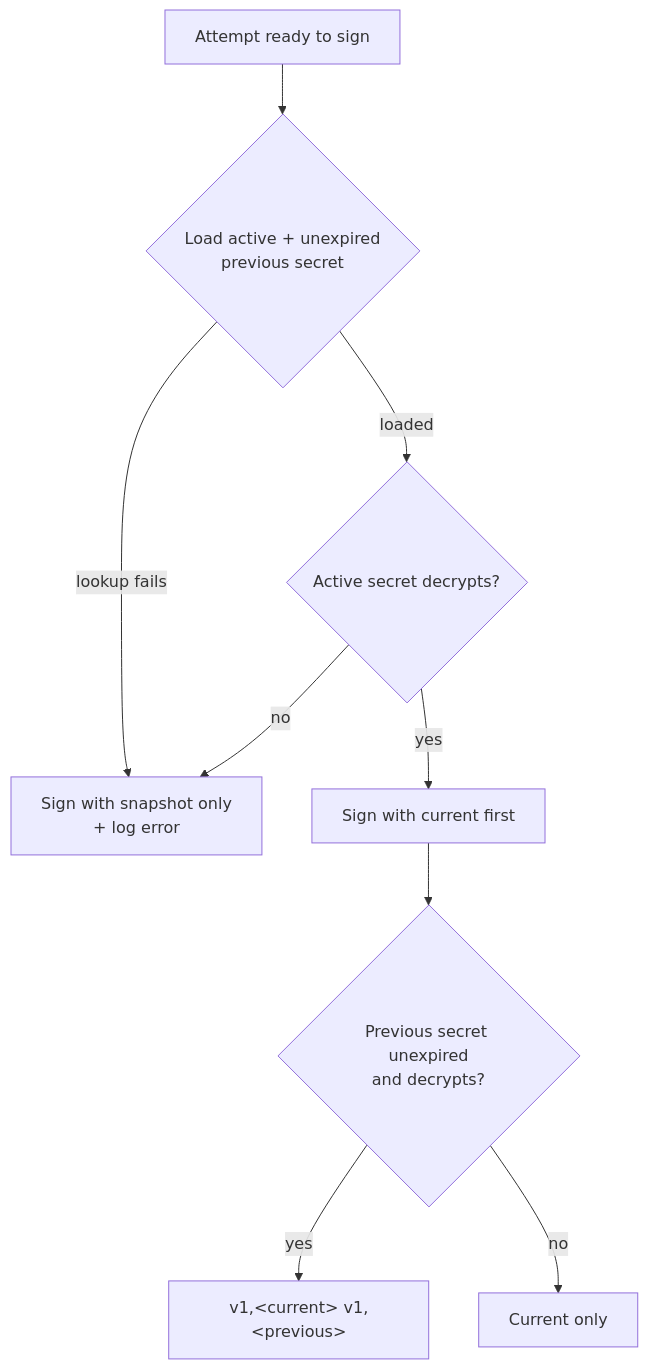
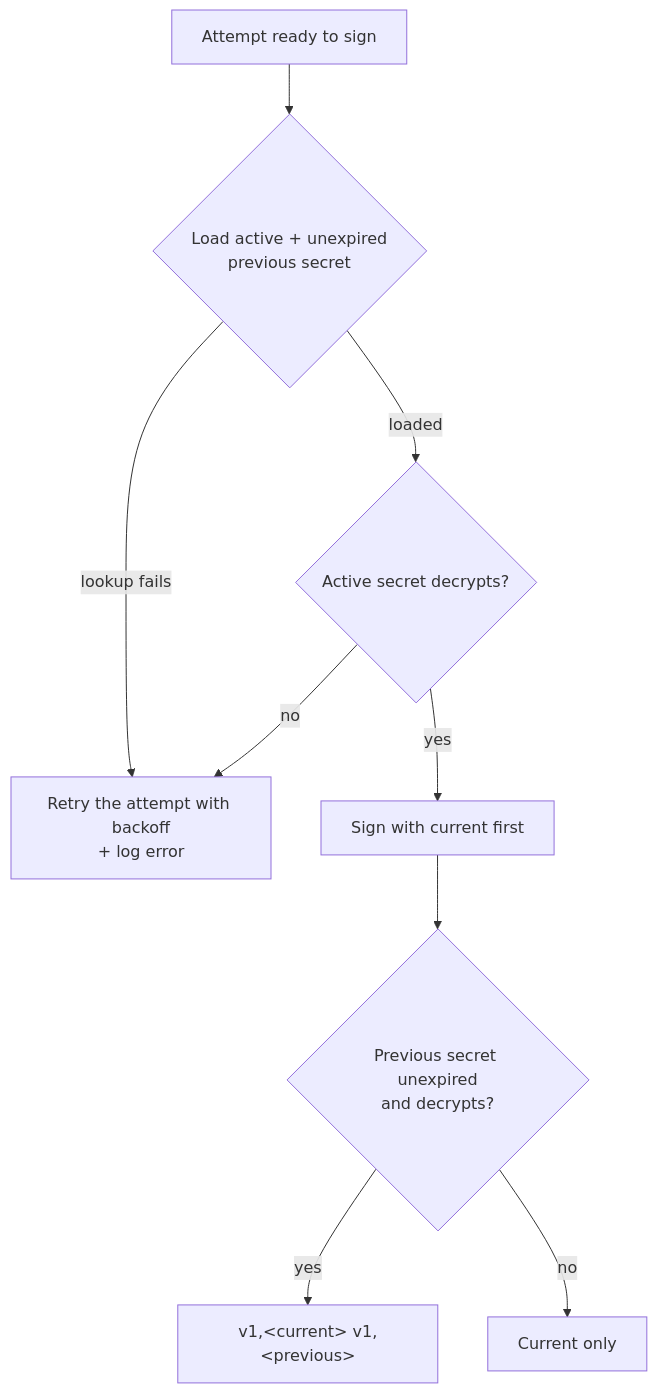
Before and after one commit to chuanghiduoc/fiber-golang-boilerplate: the fourth of 5 diagrams in docs/webhooks.md, drawn with Mermaid. The commit also changed other lines of this file and 146 other files, not shown here.

Commit message:
fix: credential flows without RLS bypass, erasure and tenant lifecycle, API-key hierarchy, webhook/file hardening, generator and arch guards (#131)

````diff
--- a/docs/webhooks.md
+++ b/docs/webhooks.md
@@ -297,11 +297,11 @@
 ```mermaid
 flowchart TD
     A[Attempt ready to sign] --> B{Load active + unexpired<br/>previous secret}
-    B -->|lookup fails| S[Sign with snapshot only<br/>+ log error]
+    B -->|lookup fails| S[Retry the attempt with backoff<br/>+ log error]
     B -->|loaded| C{Active secret decrypts?}
     C -->|no| S
     C -->|yes| D[Sign with current first]
     D --> E{Previous secret unexpired<br/>and decrypts?}
     E -->|yes| F["v1,&lt;current&gt; v1,&lt;previous&gt;"]
     E -->|no| G[Current only]
 ```
````
